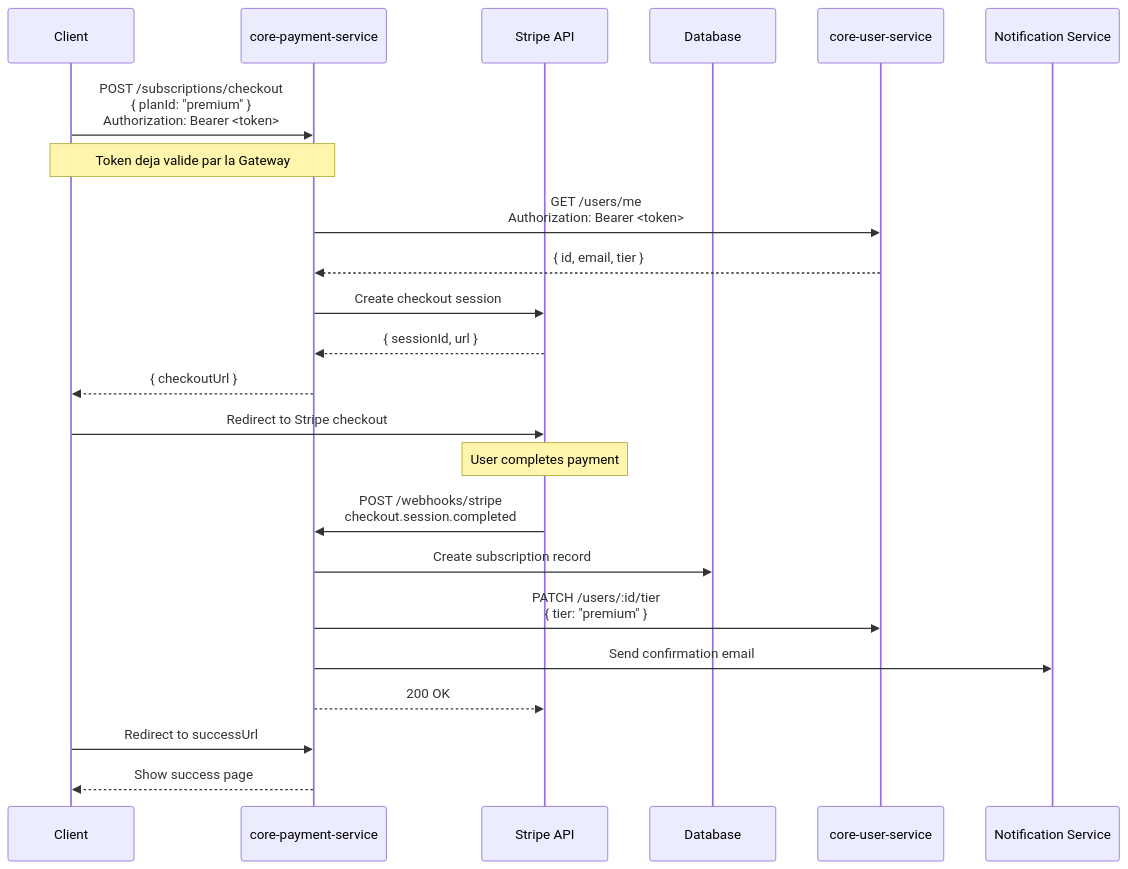
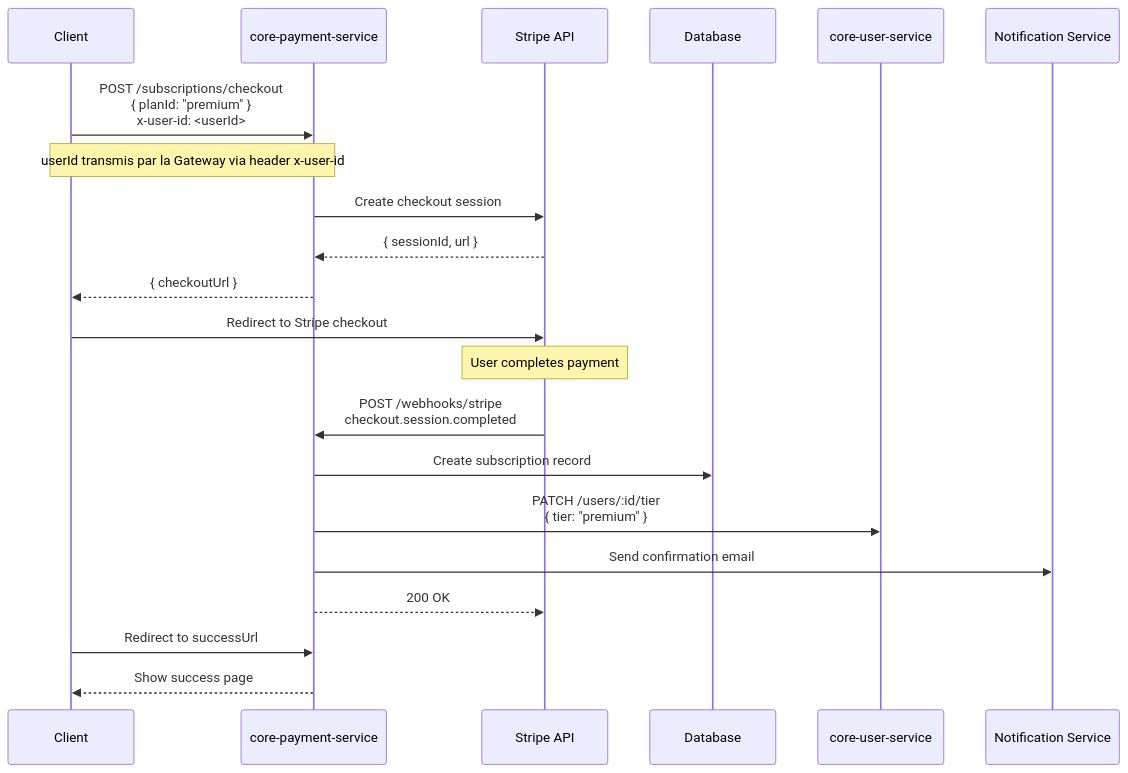
Before and after one commit to VisioBook-ESP/core-payment-service: the second of 3 diagrams in README.md, drawn with Mermaid. The commit also changed other lines of this file and 24 other files, not shown here.

````diff
--- a/README.md
+++ b/README.md
@@ -198,35 +199,32 @@
 ```mermaid
 sequenceDiagram
     participant C as Client
     participant PS as core-payment-service
     participant STRIPE as Stripe API
     participant DB as Database
     participant US as core-user-service
     participant NS as Notification Service
 
-    C->>PS: POST /subscriptions/checkout<br/>{ planId: "premium" }<br/>Authorization: Bearer <token>
+    C->>PS: POST /subscriptions/checkout<br/>{ planId: "premium" }<br/>x-user-id: <userId>
 
-    Note over C,PS: Token deja valide par la Gateway
-
-    PS->>US: GET /users/me<br/>Authorization: Bearer <token>
-    US-->>PS: { id, email, tier }
+    Note over C,PS: userId transmis par la Gateway via header x-user-id
 
     PS->>STRIPE: Create checkout session
     STRIPE-->>PS: { sessionId, url }
 
     PS-->>C: { checkoutUrl }
     C->>STRIPE: Redirect to Stripe checkout
 
     Note over STRIPE: User completes payment
 
     STRIPE->>PS: POST /webhooks/stripe<br/>checkout.session.completed
 
     PS->>DB: Create subscription record
     PS->>US: PATCH /users/:id/tier<br/>{ tier: "premium" }
     PS->>NS: Send confirmation email
 
     PS-->>STRIPE: 200 OK
 
     C->>PS: Redirect to successUrl
     PS-->>C: Show success page
 ```
````
